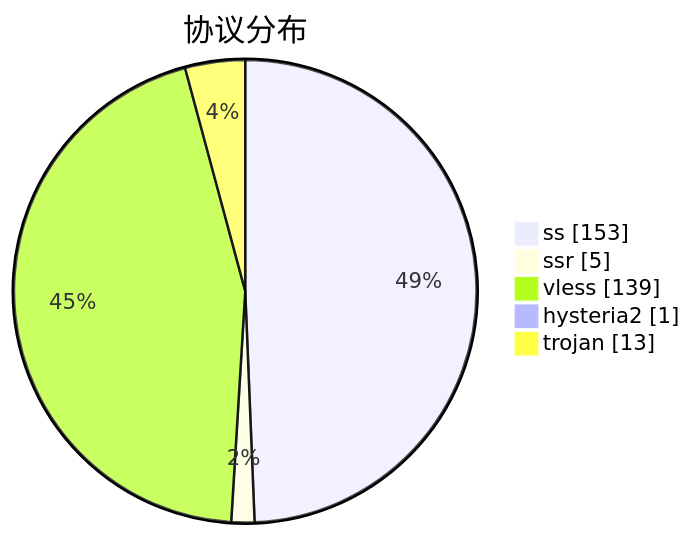
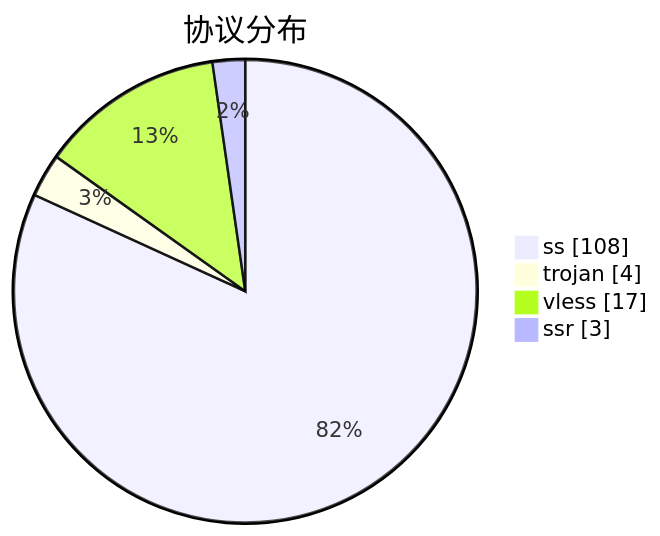
Before and after one commit to qjlxg/airport: the third of 3 diagrams in subs/statistics/tested_within.md, drawn with Mermaid. The commit also changed other lines of this file and 2 other files, not shown here.

````diff
--- a/subs/statistics/tested_within.md
+++ b/subs/statistics/tested_within.md
@@ -38,9 +32,8 @@
 ```mermaid
 pie showData
 title 协议分布
-"ss" : 153
-"ssr" : 5
-"vless" : 139
-"hysteria2" : 1
-"trojan" : 13
+"ss" : 108
+"trojan" : 4
+"vless" : 17
+"ssr" : 3
 ```
````
